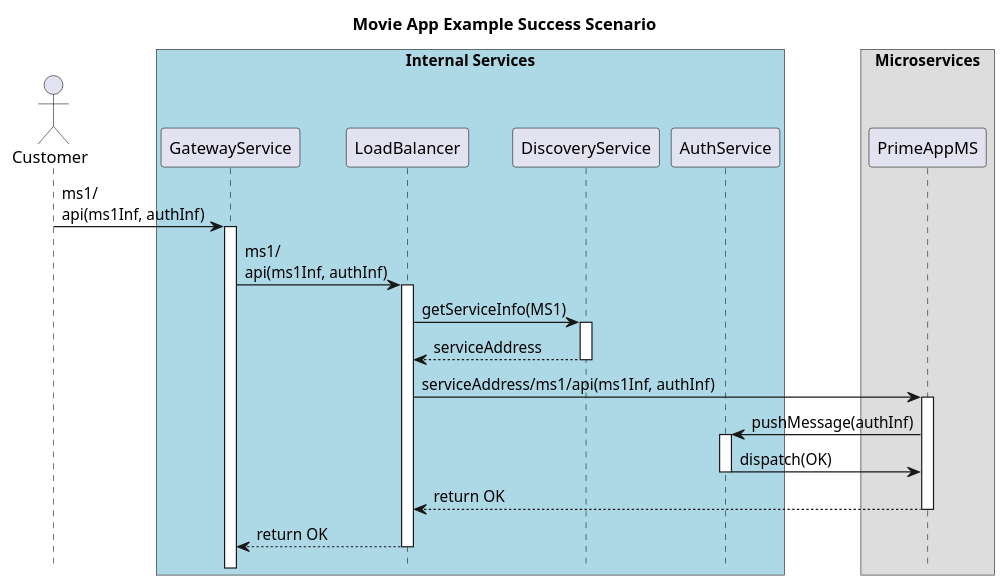
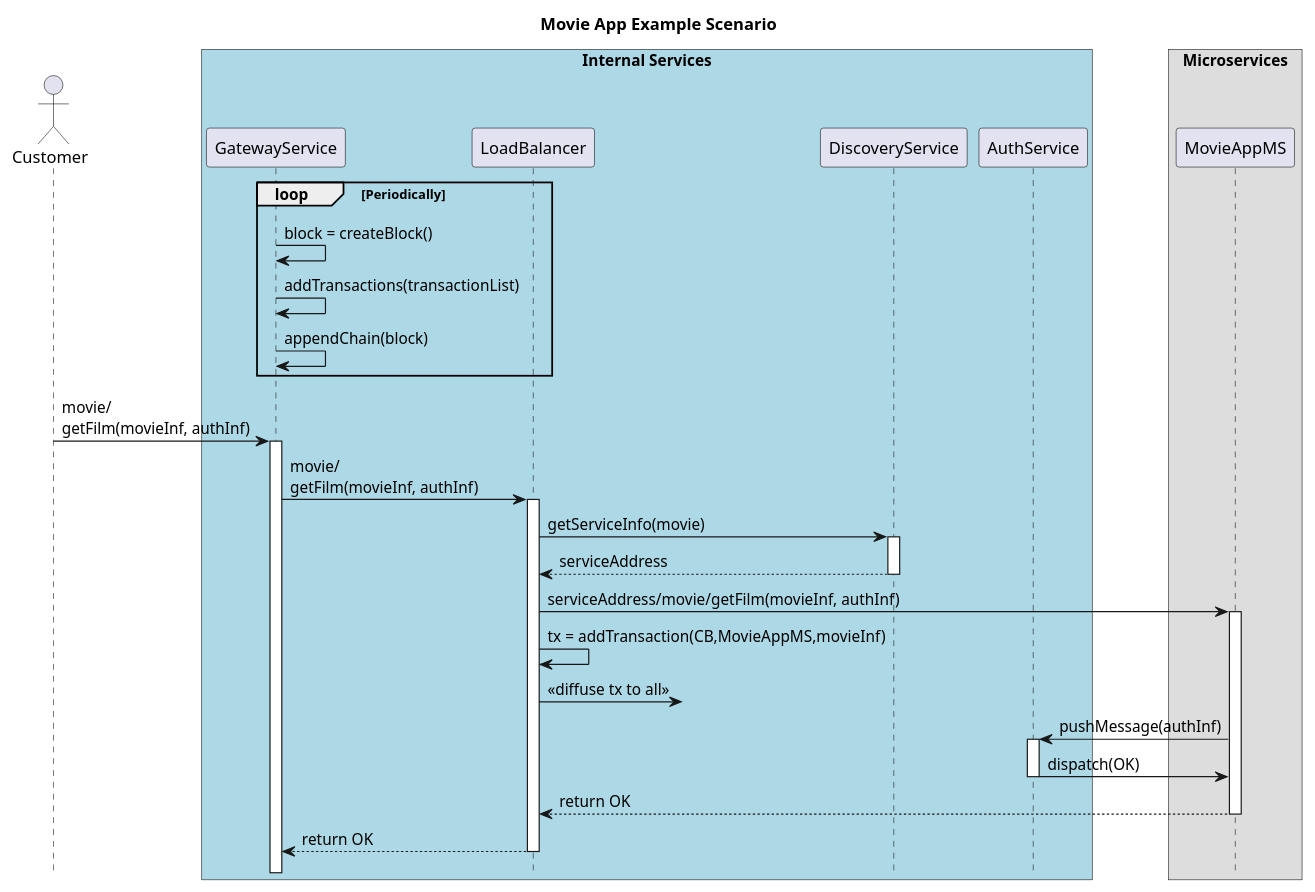
Before and after one commit to naimyurek/microblockthesis: the diagram in 10 Movie Example Success.wsd, drawn with PlantUML. The commit also changed 7 other files, not shown here.

```diff
--- a/10 Movie Example Success.wsd
+++ b/10 Movie Example Success.wsd
@@ -1,31 +1,37 @@
 @startuml MovieAppScenario
 !pragma teoz true
 
-title "Movie App Example Success Scenario"
+title "Movie App Example Scenario"
 
 hide footbox
 actor Customer
 
 
 box "Internal Services" #LightBlue
 participant GatewayService
 participant LoadBalancer
 participant DiscoveryService
 participant AuthService
 end box
 
 box "Microservices"
-participant PrimeAppMS
+participant MovieAppMS
 end box
-
-Customer -> GatewayService ++ : ms1/\napi(ms1Inf, authInf)
-GatewayService -> LoadBalancer ++ : ms1/\napi(ms1Inf, authInf)
-LoadBalancer -> DiscoveryService ++ : getServiceInfo(MS1)
+loop Periodically
+GatewayService -> GatewayService : block = createBlock()
+GatewayService -> GatewayService : addTransactions(transactionList)
+GatewayService -> GatewayService : appendChain(block)
+end
+Customer -> GatewayService ++ : movie/\ngetFilm(movieInf, authInf)
+GatewayService -> LoadBalancer ++ : movie/\ngetFilm(movieInf, authInf)
+LoadBalancer -> DiscoveryService ++ : getServiceInfo(movie)
 return serviceAddress 
-LoadBalancer -> PrimeAppMS ++ : serviceAddress/ms1/api(ms1Inf, authInf)
-PrimeAppMS -> AuthService ++ : pushMessage(authInf)
-AuthService -> PrimeAppMS -- : dispatch(OK)
+LoadBalancer -> MovieAppMS ++ : serviceAddress/movie/getFilm(movieInf, authInf)
+LoadBalancer -> LoadBalancer: tx = addTransaction(CB,MovieAppMS,movieInf)
+LoadBalancer ->? : << diffuse tx to all >>
+MovieAppMS -> AuthService ++ : pushMessage(authInf)
+AuthService -> MovieAppMS -- : dispatch(OK)
 return return OK 
 return return OK 
 
 @enduml
```
